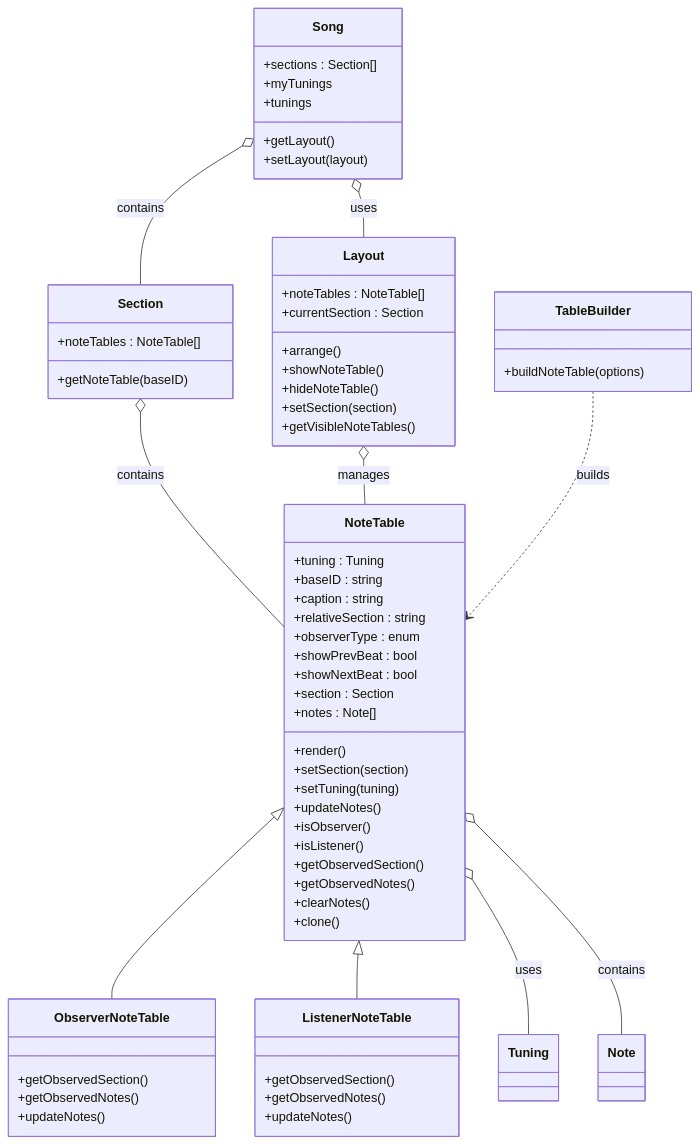
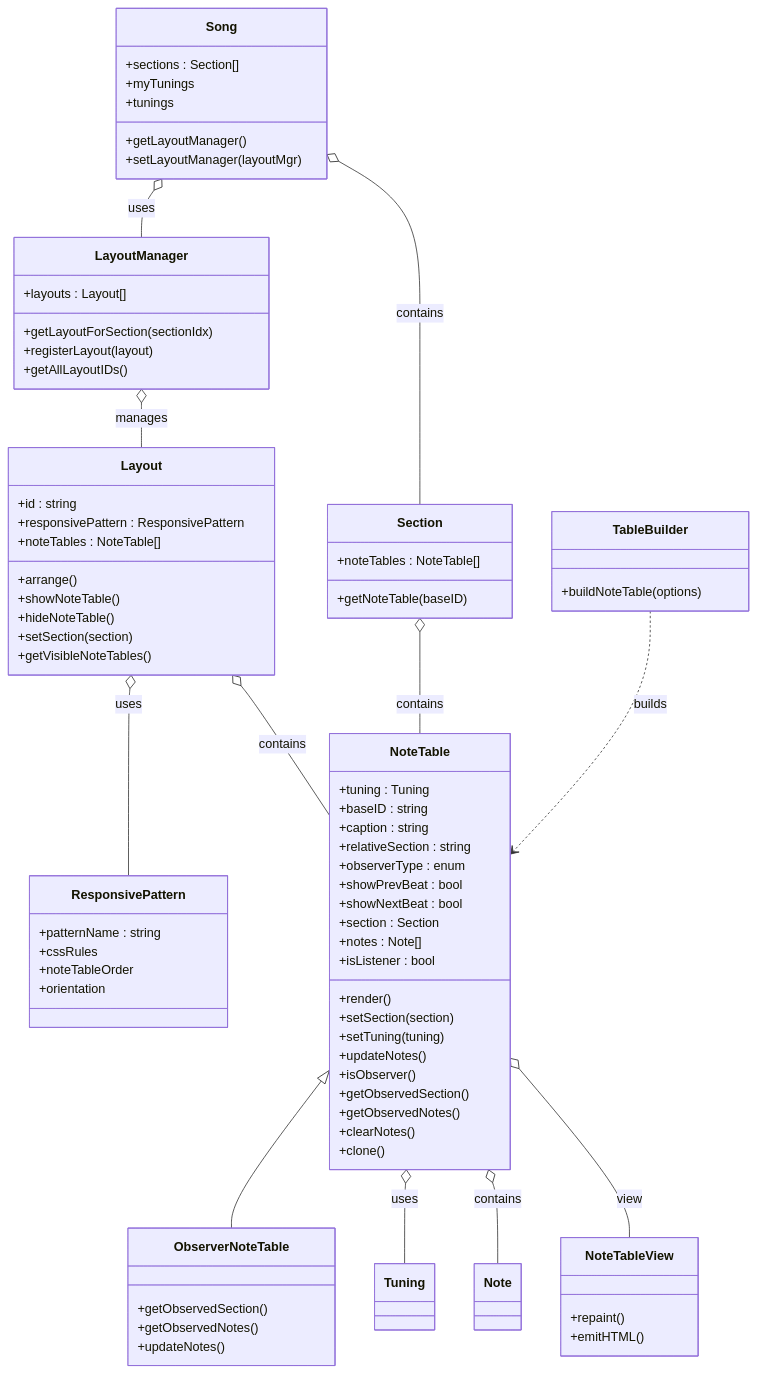
Before and after one commit to laramie/infinite-neck: the diagram in _doco/design/notetable-as-real-object-planning.md, drawn with Mermaid. The commit also changed other lines of this file, not shown here.

````diff
--- a/_doco/design/notetable-as-real-object-planning.md
+++ b/_doco/design/notetable-as-real-object-planning.md
@@ -12,21 +13,34 @@
     +sections : Section[]
     +myTunings
     +tunings
-    +getLayout()
-    +setLayout(layout)
+    +getLayoutManager()
+    +setLayoutManager(layoutMgr)
   }
   class Section {
     +noteTables : NoteTable[]
     +getNoteTable(baseID)
   }
+  class LayoutManager {
+    +layouts : Layout[]
+    +getLayoutForSection(sectionIdx)
+    +registerLayout(layout)
+    +getAllLayoutIDs()
+  }
   class Layout {
+    +id : string
+    +responsivePattern : ResponsivePattern
     +noteTables : NoteTable[]
-    +currentSection : Section
     +arrange()
     +showNoteTable()
     +hideNoteTable()
     +setSection(section)
     +getVisibleNoteTables()
+  }
+  class ResponsivePattern {
+    +patternName : string
+    +cssRules
+    +noteTableOrder
+    +orientation
   }
   class NoteTable {
     +tuning : Tuning
@@ -38,12 +52,12 @@
     +showNextBeat : bool
     +section : Section
     +notes : Note[]
+    +isListener : bool
     +render()
     +setSection(section)
     +setTuning(tuning)
     +updateNotes()
     +isObserver()
-    +isListener()
     +getObservedSection()
     +getObservedNotes()
     +clearNotes()
@@ -54,10 +68,9 @@
     +getObservedNotes()
     +updateNotes()
   }
-  class ListenerNoteTable {
-    +getObservedSection()
-    +getObservedNotes()
-    +updateNotes()
+  class NoteTableView {
+    +repaint()
+    +emitHTML()
   }
   class Tuning
   class Note
@@ -66,12 +79,14 @@
   }
 
   Song o-- Section : contains
-  Song o-- Layout : uses
+  Song o-- LayoutManager : uses
+  LayoutManager o-- Layout : manages
+  Layout o-- NoteTable : contains
+  Layout o-- ResponsivePattern : uses
   Section o-- NoteTable : contains
-  Layout o-- NoteTable : manages
   NoteTable <|-- ObserverNoteTable
-  NoteTable <|-- ListenerNoteTable
   NoteTable o-- Tuning : uses
   NoteTable o-- Note : contains
+  NoteTable o-- NoteTableView : view
   TableBuilder ..> NoteTable : builds
 ```
````
